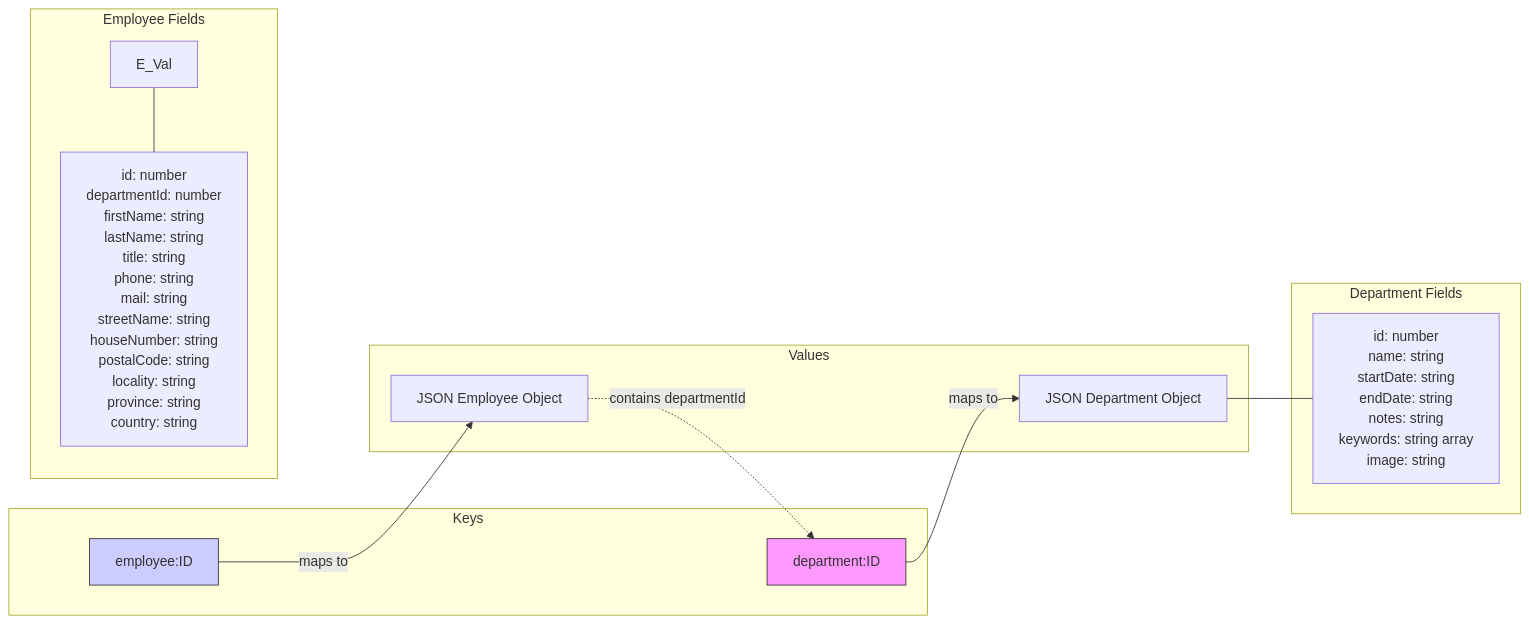
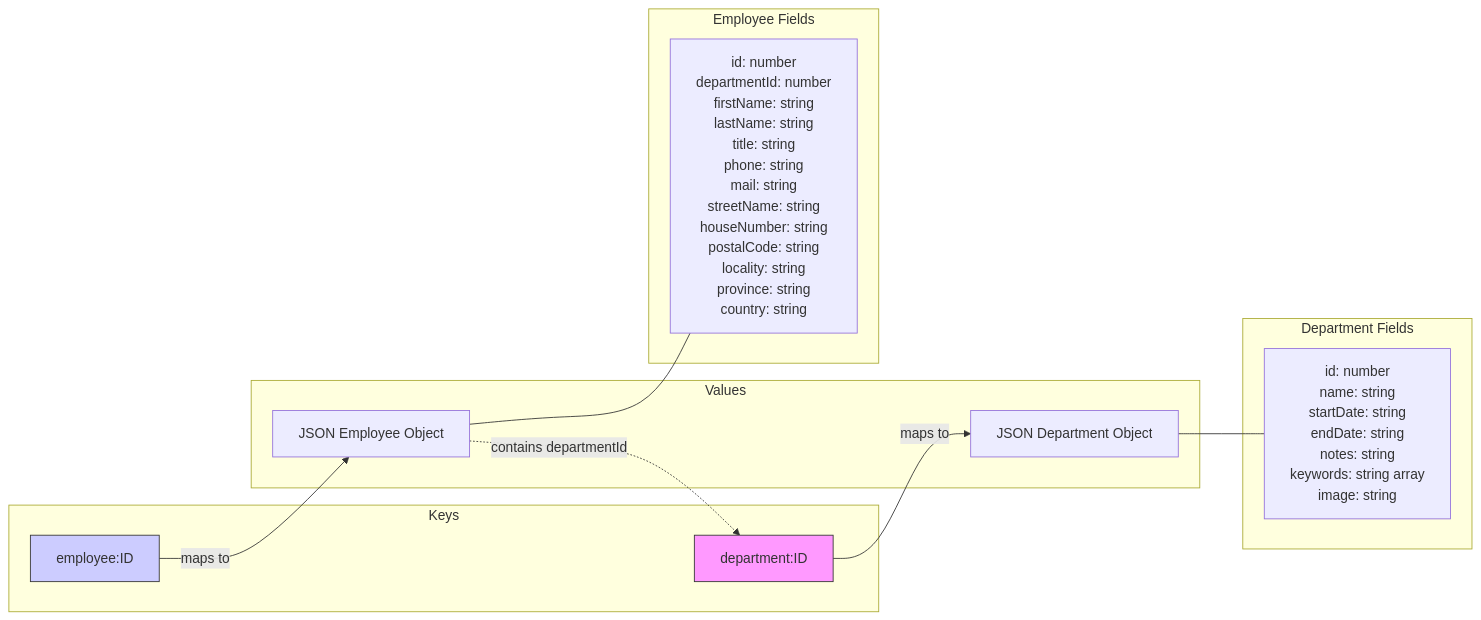
The diagram in docs/mermaid/flowchartRedis.md (k1729p/Study28), drawn with Mermaid before and after one commit.

````diff
--- a/docs/mermaid/flowchartRedis.md
+++ b/docs/mermaid/flowchartRedis.md
@@ -3,50 +3,50 @@
 ```mermaid
 flowchart LR
   subgraph Keys
     Dep_Key[department:ID]
     Emp_Key[employee:ID]
   end
 
   subgraph Values
     Dep_Val[JSON Department Object]
     Emp_Val[JSON Employee Object]
   end
 
   Dep_Key -->|maps to| Dep_Val
   Emp_Key -->|maps to| Emp_Val
 
   Emp_Val -.->|contains departmentId| Dep_Key
 
   subgraph Department Fields
     Dep_Val --- d["`
       id: number
       name: string
       startDate: string
       endDate: string
       notes: string
       keywords: string array
       image: string
     `"]    
   end
 
   subgraph Employee Fields
-    E_Val --- e["`
+    Emp_Val --- e["`
       id: number
       departmentId: number
       firstName: string
       lastName: string
       title: string
       phone: string
       mail: string
       streetName: string
       houseNumber: string
       postalCode: string
       locality: string
       province: string
       country: string
     `"]
   end
 %% Styles
   style Dep_Key fill:#f9f,stroke:#333
   style Emp_Key fill:#ccf,stroke:#333
 ```
````
